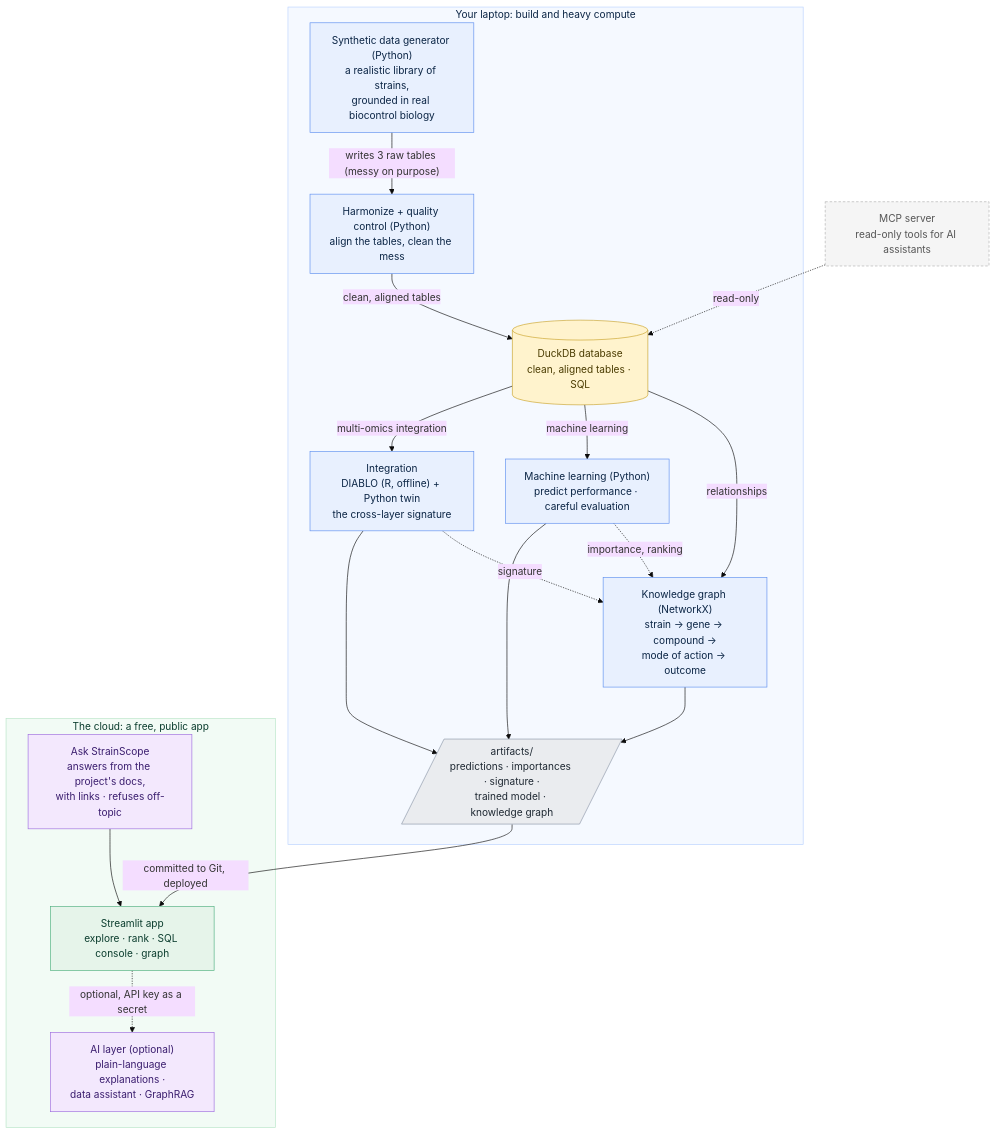
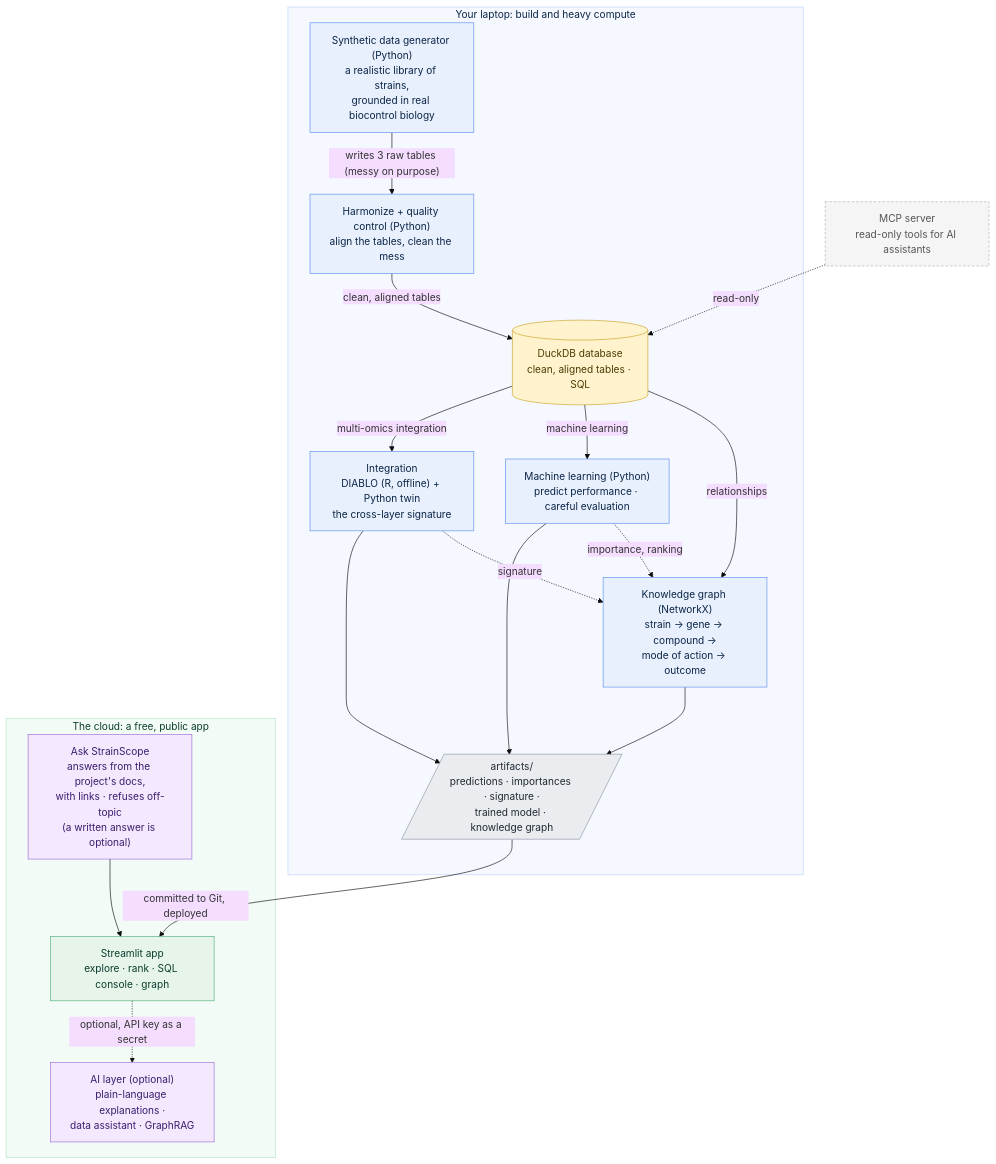
Before and after one commit to akannan2987/strainscope: the diagram in README.md, drawn with Mermaid (base theme). The commit also changed other lines of this file and 42 other files, not shown here.

Commit message:
feat: add Ask StrainScope, answers from the project's own documents with links and a golden question set

````diff
--- a/README.md
+++ b/README.md
@@ -128,47 +129,47 @@
 ```mermaid
 flowchart TD
     subgraph LAPTOP["Your laptop: build and heavy compute"]
         A["Synthetic data generator (Python)<br/>a realistic library of strains,<br/>grounded in real biocontrol biology"]
         B["Harmonize + quality control (Python)<br/>align the tables, clean the mess"]
         C[("DuckDB database<br/>clean, aligned tables · SQL")]
         D["Integration<br/>DIABLO (R, offline) + Python twin<br/>the cross-layer signature"]
         E["Machine learning (Python)<br/>predict performance · careful evaluation"]
         F["Knowledge graph (NetworkX)<br/>strain → gene → compound →<br/>mode of action → outcome"]
         G[/"artifacts/<br/>predictions · importances · signature ·<br/>trained model · knowledge graph"/]
     end
     subgraph CLOUD["The cloud: a free, public app"]
         H["Streamlit app<br/>explore · rank · SQL console · graph"]
         I["AI layer (optional)<br/>plain-language explanations ·<br/>data assistant · GraphRAG"]
-        Q["Ask StrainScope<br/>answers from the project's docs,<br/>with links · refuses off-topic"]
+        Q["Ask StrainScope<br/>answers from the project's docs,<br/>with links · refuses off-topic<br/>(a written answer is optional)"]
     end
     M["MCP server<br/>read-only tools for AI assistants"]
     A -->|"writes 3 raw tables (messy on purpose)"| B
     B -->|clean, aligned tables| C
     C -->|multi-omics integration| D
     C -->|machine learning| E
     C -->|relationships| F
     D --> G
     E --> G
     D -.->|signature| F
     E -.->|importance, ranking| F
     F --> G
     G -->|committed to Git, deployed| H
     H -.->|optional, API key as a secret| I
     Q --> H
     M -.->|read-only| C
 
     classDef laptop fill:#E8F0FE,stroke:#5B8DEF,color:#0B2545;
     classDef store fill:#FFF3CD,stroke:#C9A227,color:#4A3B00;
     classDef artifact fill:#EAECEF,stroke:#8A94A6,color:#1F2933;
     classDef cloud fill:#E6F4EA,stroke:#4CAF7D,color:#0B3D2E;
     classDef ai fill:#F3E8FD,stroke:#9C6ADE,color:#3A1D6E;
     classDef roadmap fill:#F5F5F5,stroke:#B0B0B0,color:#555555,stroke-dasharray:4 3;
     class A,B,D,E,F laptop
     class C store
     class G artifact
     class H cloud
     class I,Q ai
     class M roadmap
     style LAPTOP fill:#F5F9FF,stroke:#B9D2FF,color:#0B2545
     style CLOUD fill:#F2FBF5,stroke:#B7E4C7,color:#0B3D2E
 ```
````
